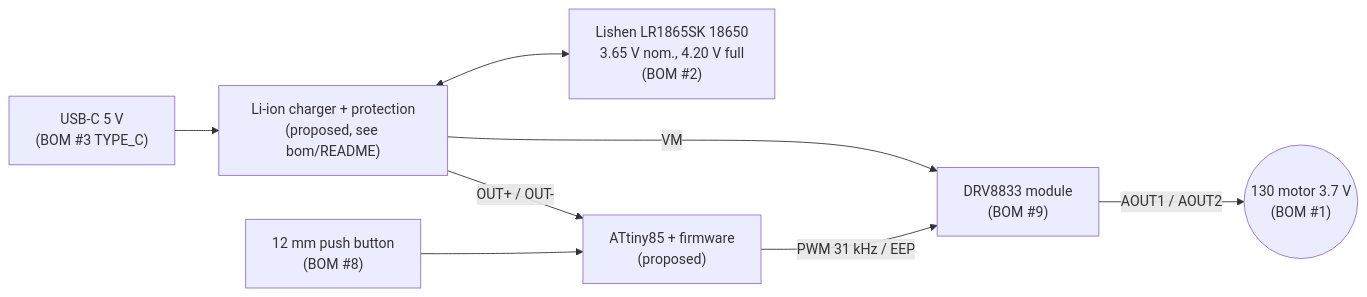
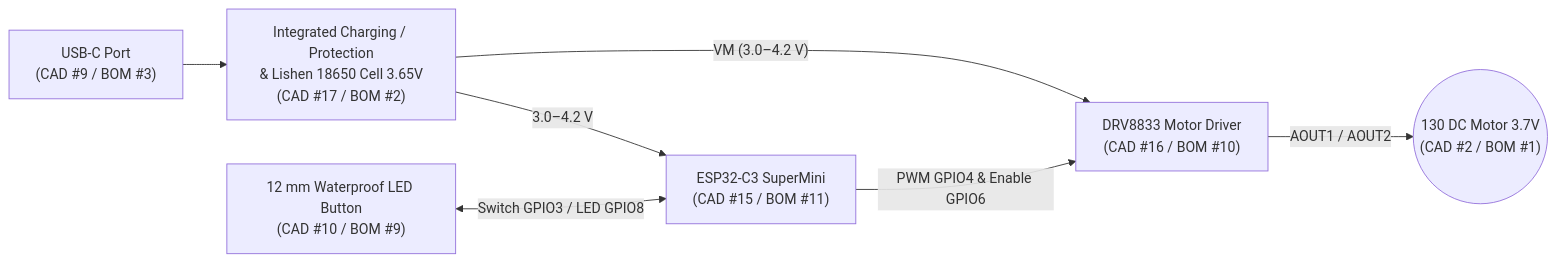
One commit to itrecruitmentvananh-collab/Openwhisk3s changed the diagram in electronics/wiring.md. Above: the diagram before and after it, drawn with Mermaid. The commit also changed other lines of this file and 40 other files, not shown here.

````diff
--- a/electronics/wiring.md
+++ b/electronics/wiring.md
@@ -3,10 +3,9 @@
 ```mermaid
 flowchart LR
-  USB["USB-C 5 V<br/>(BOM #3 TYPE_C)"] --> CHG["Li-ion charger + protection<br/>(proposed, see bom/README)"]
-  CHG <--> CELL["Lishen LR1865SK 18650<br/>3.65 V nom., 4.20 V full<br/>(BOM #2)"]
-  CHG -- "OUT+ / OUT-" --> MCU["ATtiny85 + firmware<br/>(proposed)"]
-  CHG -- "VM" --> DRV["DRV8833 module<br/>(BOM #9)"]
-  BTN["12 mm push button<br/>(BOM #8)"] --> MCU
-  MCU -- "PWM 31 kHz / EEP" --> DRV
-  DRV -- "AOUT1 / AOUT2" --> M(("130 motor 3.7 V<br/>(BOM #1)"))
+  USB["USB-C Port<br/>(CAD #9 / BOM #3)"] --> CHG["Integrated Charging / Protection<br/>& Lishen 18650 Cell 3.65V<br/>(CAD #17 / BOM #2)"]
+  CHG -- "3.0–4.2 V" --> MCU["ESP32-C3 SuperMini<br/>(CAD #15 / BOM #11)"]
+  CHG -- "VM (3.0–4.2 V)" --> DRV["DRV8833 Motor Driver<br/>(CAD #16 / BOM #10)"]
+  BTN["12 mm Waterproof LED Button<br/>(CAD #10 / BOM #9)"] <-->|"Switch GPIO3 / LED GPIO8"| MCU
+  MCU -- "PWM GPIO4 & Enable GPIO6" --> DRV
+  DRV -- "AOUT1 / AOUT2" --> M(("130 DC Motor 3.7V<br/>(CAD #2 / BOM #1)"))
 ```
````
